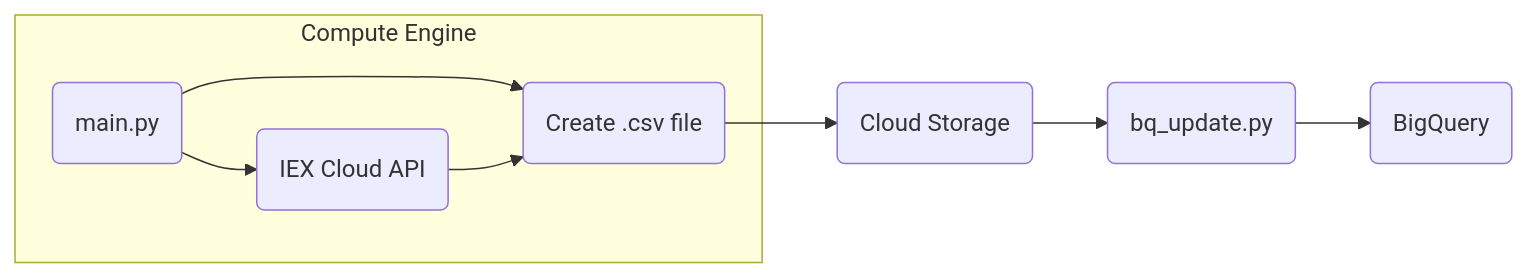
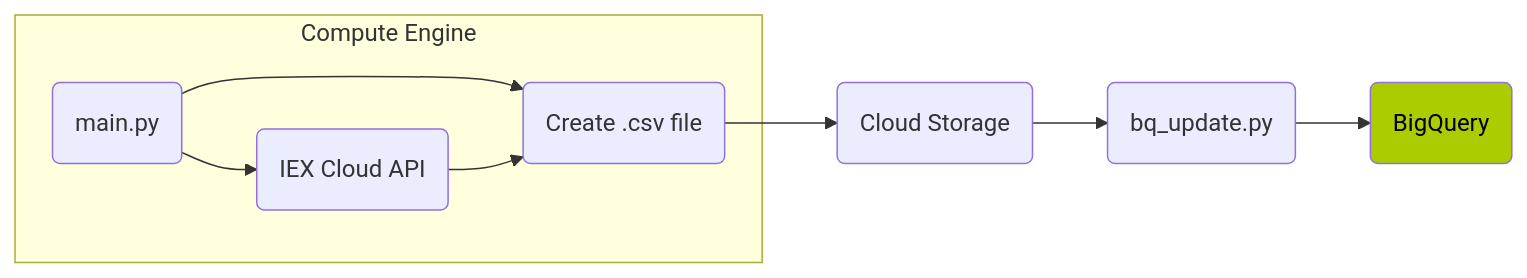
The diagram in README.md (digitalghost-dev/stock-data-pipeline), drawn with Mermaid before and after one commit.

Commit message:
testing with colors

````diff
--- a/README.md
+++ b/README.md
@@ -16,10 +16,11 @@
 ```mermaid
 flowchart LR;
     subgraph Compute Engine;
     A(main.py)-->B(IEX Cloud API) & C(Create .csv file);
     end;
     B-->C;
     C-->D(Cloud Storage);
     D-->E(bq_update.py);
     E-->F(BigQuery);
+    style F fill:#AACC00,color:#000
 ```
````
